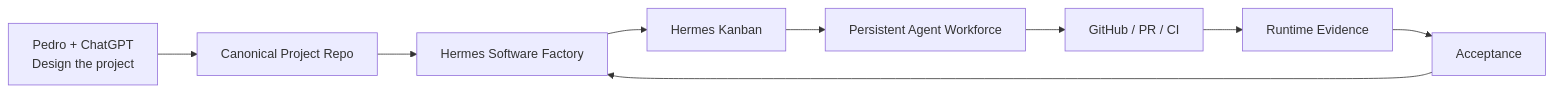
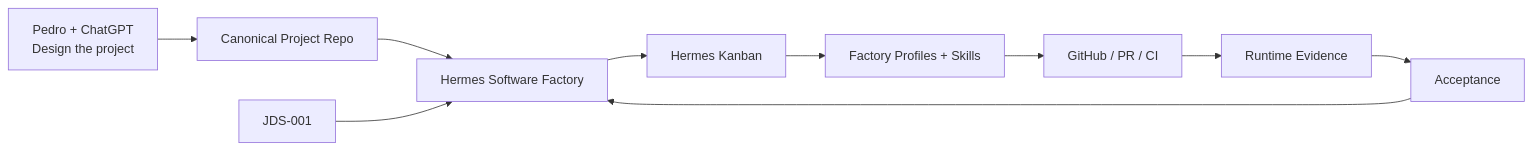
The diagram in README.md (pestoura/hermes-factory), drawn with Mermaid before and after one commit. The commit also changed other lines of this file, not shown here.

Commit message:
docs: promote architecture review v1.1 in repository index

````diff
--- a/README.md
+++ b/README.md
@@ -14,20 +14,22 @@
 ```mermaid
 flowchart LR
     Design[Pedro + ChatGPT\nDesign the project]
     Repo[Canonical Project Repo]
     Factory[Hermes Software Factory]
+    JDS[JDS-001]
     Kanban[Hermes Kanban]
-    Agents[Persistent Agent Workforce]
+    Agents[Factory Profiles + Skills]
     GitHub[GitHub / PR / CI]
     Runtime[Runtime Evidence]
     Accept[Acceptance]
 
     Design --> Repo
     Repo --> Factory
+    JDS --> Factory
     Factory --> Kanban
     Kanban --> Agents
     Agents --> GitHub
     GitHub --> Runtime
     Runtime --> Accept
     Accept --> Factory
 ```
````
